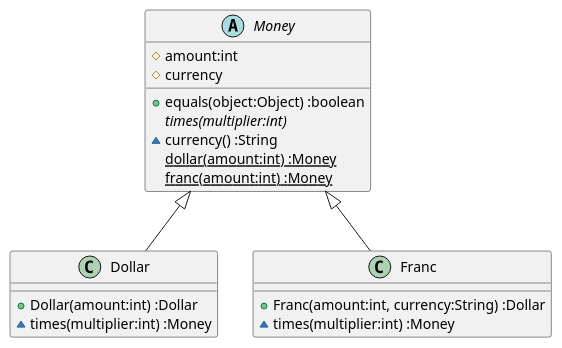
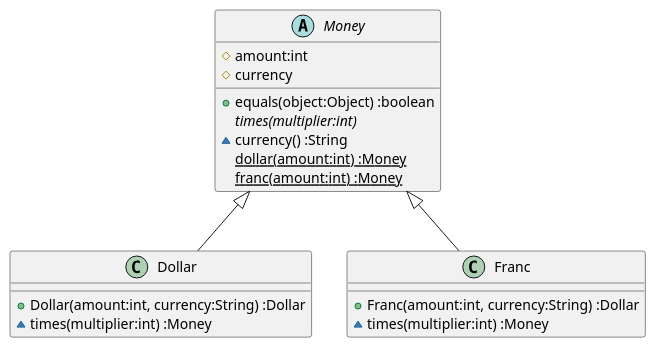
The diagram in docs/src/TDD.md (k2works/etude_for_java), drawn with PlantUML before and after one commit. The commit also changed 3 other files, not shown here.

````diff
--- a/docs/src/TDD.md
+++ b/docs/src/TDD.md
@@ -62,21 +62,21 @@
 ```puml
 class Dollar {
-  +Dollar(amount:int) :Dollar
+  +Dollar(amount:int, currency:String) :Dollar
   ~times(multiplier:int) :Money
 }
 class Franc {
   +Franc(amount:int, currency:String) :Dollar
   ~times(multiplier:int) :Money
 }
 abstract Money {
   #amount:int
   #currency  
   +equals(object:Object) :boolean  
   {abstract} times(multiplier:int)
   ~currency() :String
   {static} dollar(amount:int) :Money
   {static} franc(amount:int) :Money  
 }
 Money <|-- Dollar
 Money <|-- Franc
 ```
````
